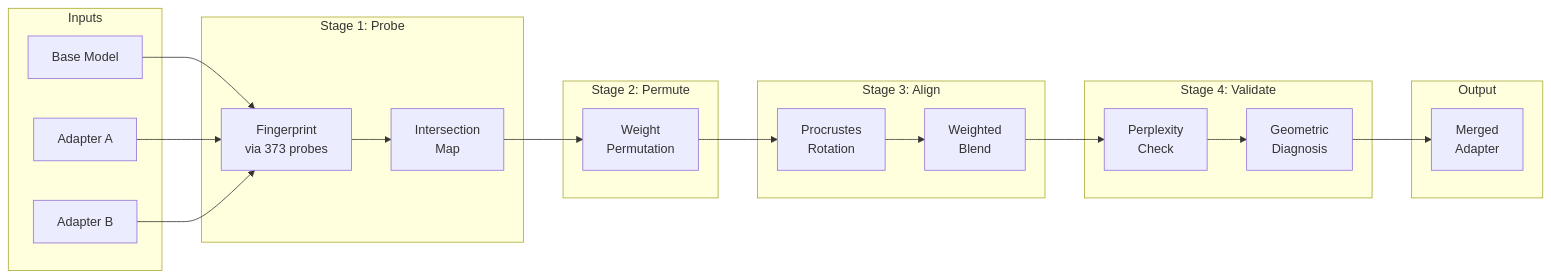
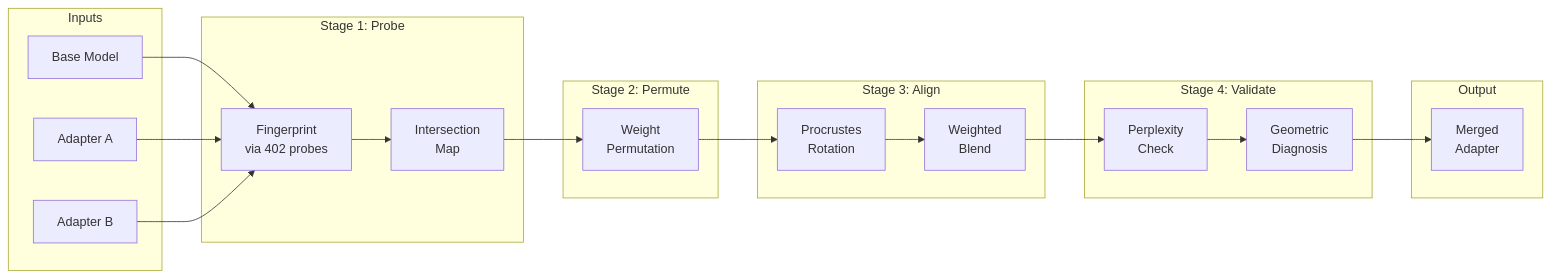
One commit to Ethyros-AI/ModelCypher changed the fourth of 4 diagrams in docs/ARCHITECTURE.md. Above: the diagram before and after it, drawn with Mermaid. The commit also changed other lines of this file and 26 other files, not shown here.

````diff
--- a/docs/ARCHITECTURE.md
+++ b/docs/ARCHITECTURE.md
@@ -209,43 +209,43 @@
 ```mermaid
 flowchart LR
     subgraph INPUT["Inputs"]
         BASE["Base Model"]
         ADP1["Adapter A"]
         ADP2["Adapter B"]
     end
 
     subgraph STAGE1["Stage 1: Probe"]
-        FP["Fingerprint<br/>via 373 probes"]
+        FP["Fingerprint<br/>via 402 probes"]
         IM["Intersection<br/>Map"]
     end
 
     subgraph STAGE2["Stage 2: Permute"]
         PERM["Weight<br/>Permutation"]
     end
 
     subgraph STAGE3["Stage 3: Align"]
         ROT["Procrustes<br/>Rotation"]
         BLEND["Weighted<br/>Blend"]
     end
 
     subgraph STAGE4["Stage 4: Validate"]
         PPL["Perplexity<br/>Check"]
         DIAG["Geometric<br/>Diagnosis"]
     end
 
     subgraph OUTPUT["Output"]
         MERGED["Merged<br/>Adapter"]
     end
 
     BASE --> FP
     ADP1 --> FP
     ADP2 --> FP
 
     FP --> IM
     IM --> PERM
     PERM --> ROT
     ROT --> BLEND
     BLEND --> PPL
     PPL --> DIAG
     DIAG --> MERGED
 ```
````
